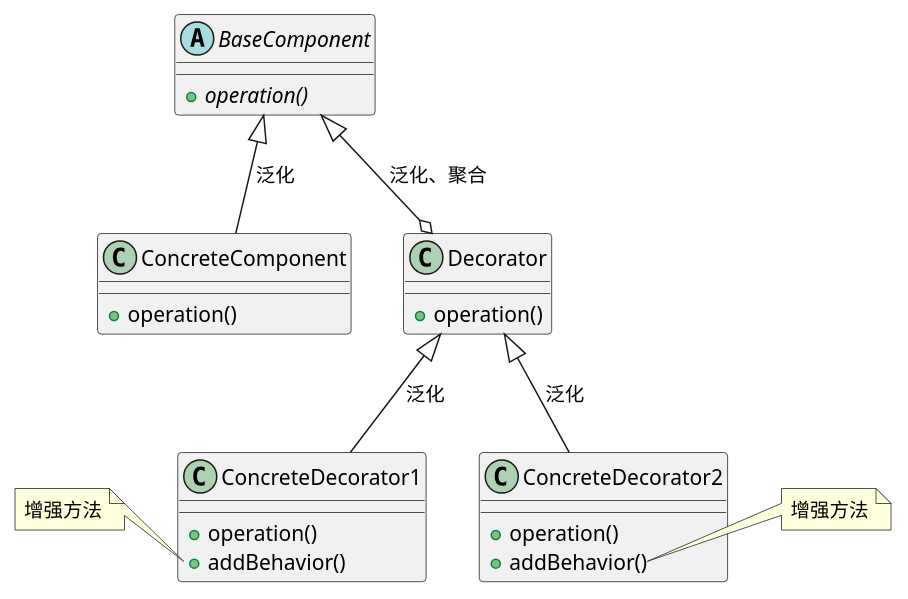
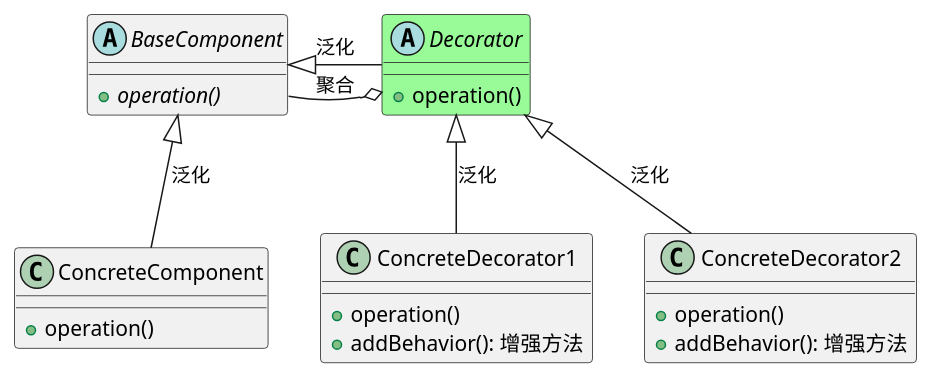
One commit to wuxiongbo/design_patterns changed the diagram in src/main/java/my_demo/decorator/decorator.puml. Above: the diagram before and after it, drawn with PlantUML. The commit also changed 7 other files, not shown here.

```diff
--- a/src/main/java/my_demo/decorator/decorator.puml
+++ b/src/main/java/my_demo/decorator/decorator.puml
@@ -1,40 +1,41 @@
 @startuml
 'https://plantuml.com/class-diagram
 
 /' 类定义 '/
 abstract class BaseComponent{
     + {abstract} operation()
 }
 class ConcreteComponent{
     + operation()
 }
-class Decorator{
+abstract class Decorator #palegreen{
     + operation()
 }
 class ConcreteDecorator1{
     + operation()
-    + addBehavior()
+    + addBehavior(): 增强方法
 }
 class ConcreteDecorator2{
     + operation()
-    + addBehavior()
+    + addBehavior(): 增强方法
 }
 
 /' 关系定义 '/
 BaseComponent <|-- ConcreteComponent : 泛化
-BaseComponent <|--o Decorator : 泛化、聚合
+BaseComponent <|-right- Decorator : 泛化
+BaseComponent --o Decorator : 聚合
 
 Decorator <|-- ConcreteDecorator1 : 泛化
 Decorator <|-- ConcreteDecorator2 : 泛化
 
 
 /' 方法注释 '/
-note left of ConcreteDecorator1::addBehavior
-  增强方法
-end note
-
-note right of ConcreteDecorator2::addBehavior
-  增强方法
-end note
+'note left of ConcreteDecorator1::addBehavior
+'  增强方法
+'end note
+'
+'note right of ConcreteDecorator2::addBehavior
+'  增强方法
+'end note
 
 @enduml
```
